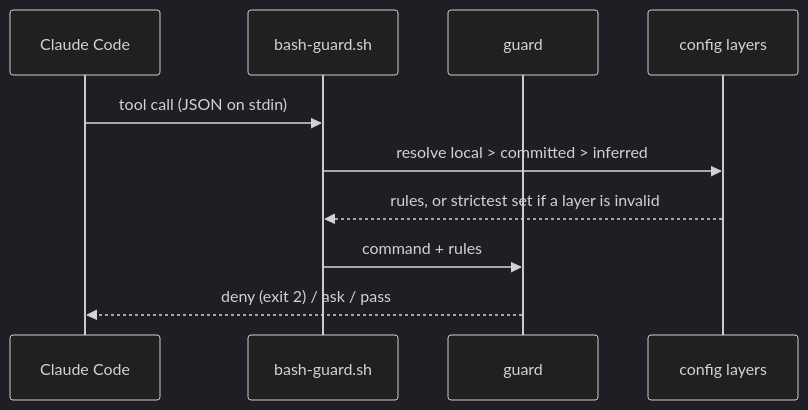
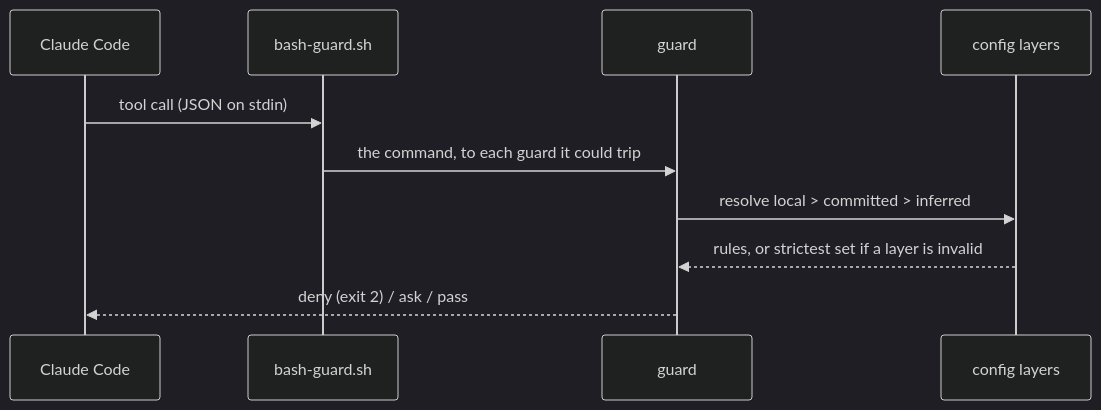
One commit to dominikwozniak/dw-sdlc changed the diagram in docs/overview.md. Above: the diagram before and after it, drawn with Mermaid (dark theme). The commit also changed other lines of this file and 15 other files, not shown here.

````diff
--- a/docs/overview.md
+++ b/docs/overview.md
@@ -26,12 +84,12 @@
 ```mermaid
 sequenceDiagram
     participant CC as Claude Code
     participant D as bash-guard.sh
     participant G as guard
     participant C as config layers
     CC->>D: tool call (JSON on stdin)
-    D->>C: resolve local > committed > inferred
-    C-->>D: rules, or strictest set if a layer is invalid
-    D->>G: command + rules
+    D->>G: the command, to each guard it could trip
+    G->>C: resolve local > committed > inferred
+    C-->>G: rules, or strictest set if a layer is invalid
     G-->>CC: deny (exit 2) / ask / pass
 ```
````
